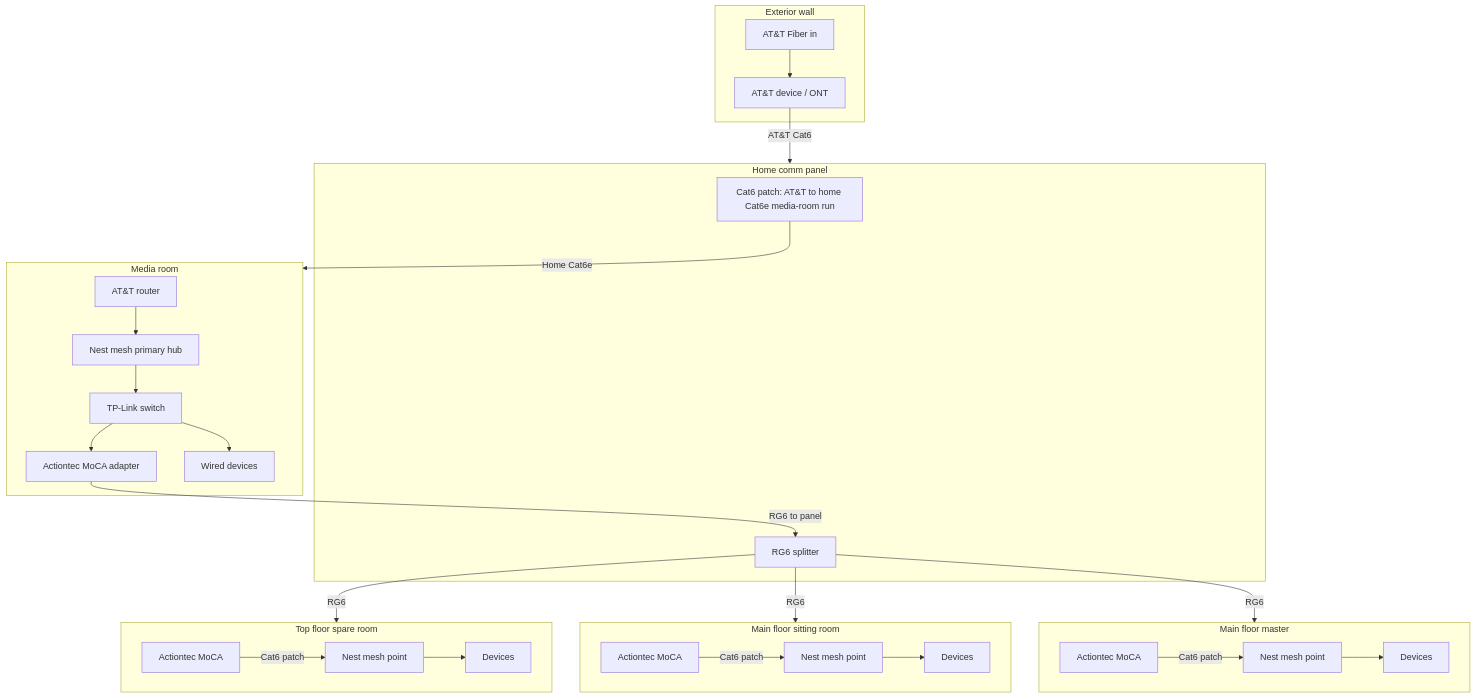
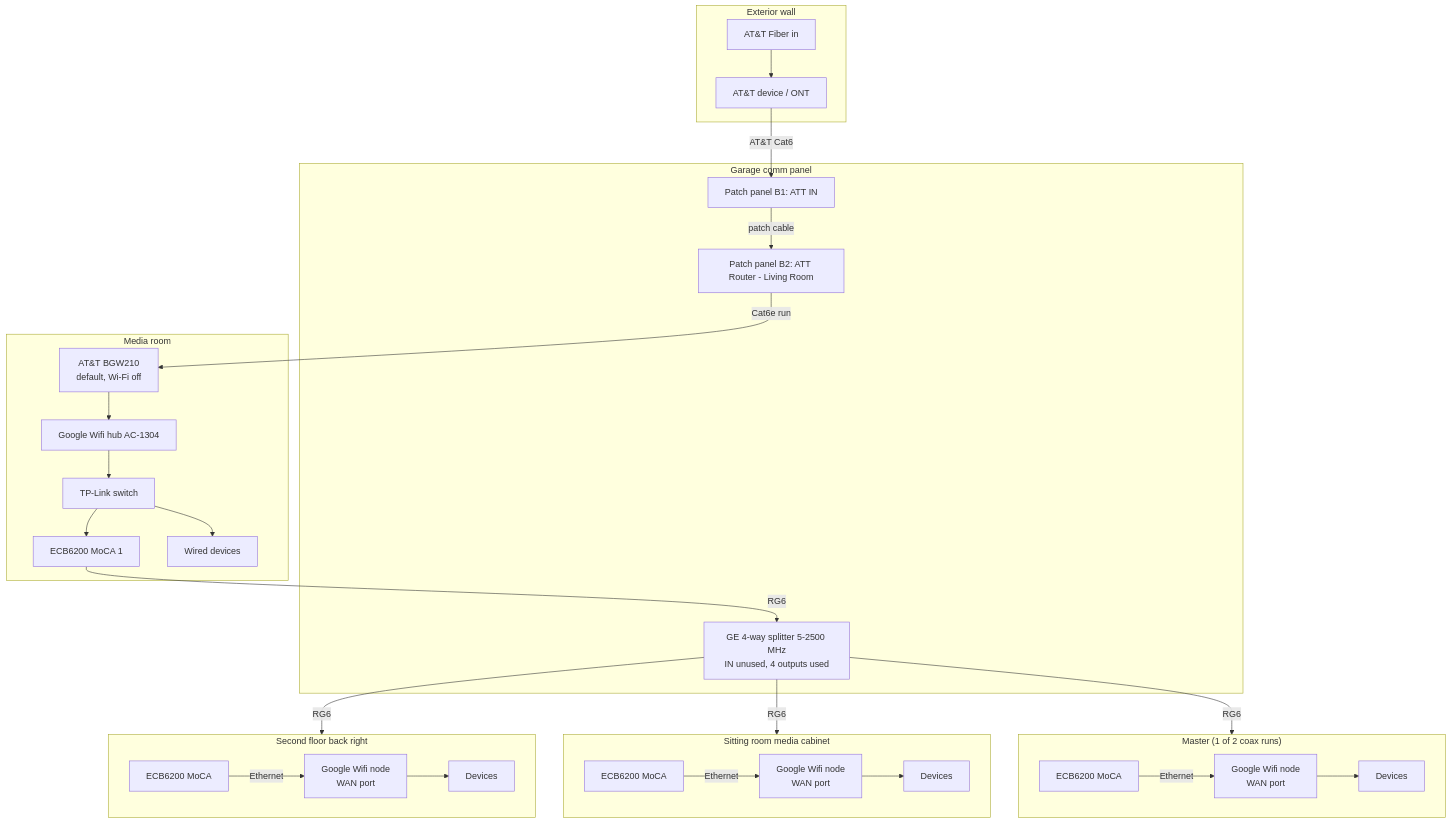
The first of 3 diagrams in docs/01-as-found.md (CosmicCEO/home-network-playbook), drawn with Mermaid before and after one commit. The commit also changed other lines of this file and 5 other files, not shown here.

````diff
--- a/docs/01-as-found.md
+++ b/docs/01-as-found.md
@@ -33,45 +54,46 @@
 ```mermaid
 flowchart TB
     subgraph EXT["Exterior wall"]
         FIB[AT&T Fiber in] --> ONT[AT&T device / ONT]
     end
 
-    ONT -- "AT&T Cat6" --> PANEL
+    ONT -- "AT&T Cat6" --> B1
 
-    subgraph PANEL["Home comm panel"]
-        PP1[Cat6 patch: AT&T to home Cat6e media-room run]
-        SPL[RG6 splitter]
+    subgraph PANEL["Garage comm panel"]
+        B1["Patch panel B1: ATT IN"]
+        B2["Patch panel B2: ATT Router - Living Room"]
+        B1 -- "patch cable" --> B2
+        SPL["GE 4-way splitter 5-2500 MHz<br/>IN unused, 4 outputs used"]
     end
 
-    PP1 -- "Home Cat6e" --> MR
+    B2 -- "Cat6e run" --> GW
 
     subgraph MR["Media room"]
-        GW[AT&T router]
-        NH[Nest mesh primary hub]
+        GW["AT&T BGW210<br/>default, Wi-Fi off"]
+        HUB["Google Wifi hub AC-1304"]
         SW[TP-Link switch]
-        MOCA0[Actiontec MoCA adapter]
+        MC0["ECB6200 MoCA 1"]
         DEV0[Wired devices]
-        GW --> NH --> SW
+        GW --> HUB --> SW
         SW --> DEV0
-        SW --> MOCA0
+        SW --> MC0
     end
 
-    MOCA0 -- "RG6 to panel" --> SPL
-
+    MC0 -- "RG6" --> SPL
     SPL -- RG6 --> R1
     SPL -- RG6 --> R2
     SPL -- RG6 --> R3
 
-    subgraph R1["Top floor spare room"]
-        M1[Actiontec MoCA] -- Cat6 patch --> N1[Nest mesh point]
+    subgraph R1["Second floor back right"]
+        M1["ECB6200 MoCA"] -- Ethernet --> N1["Google Wifi node<br/>WAN port"]
         N1 --> D1[Devices]
     end
-    subgraph R2["Main floor sitting room"]
-        M2[Actiontec MoCA] -- Cat6 patch --> N2[Nest mesh point]
+    subgraph R2["Sitting room media cabinet"]
+        M2["ECB6200 MoCA"] -- Ethernet --> N2["Google Wifi node<br/>WAN port"]
         N2 --> D2[Devices]
     end
-    subgraph R3["Main floor master"]
-        M3[Actiontec MoCA] -- Cat6 patch --> N3[Nest mesh point]
+    subgraph R3["Master (1 of 2 coax runs)"]
+        M3["ECB6200 MoCA"] -- Ethernet --> N3["Google Wifi node<br/>WAN port"]
         N3 --> D3[Devices]
     end
 ```
````
